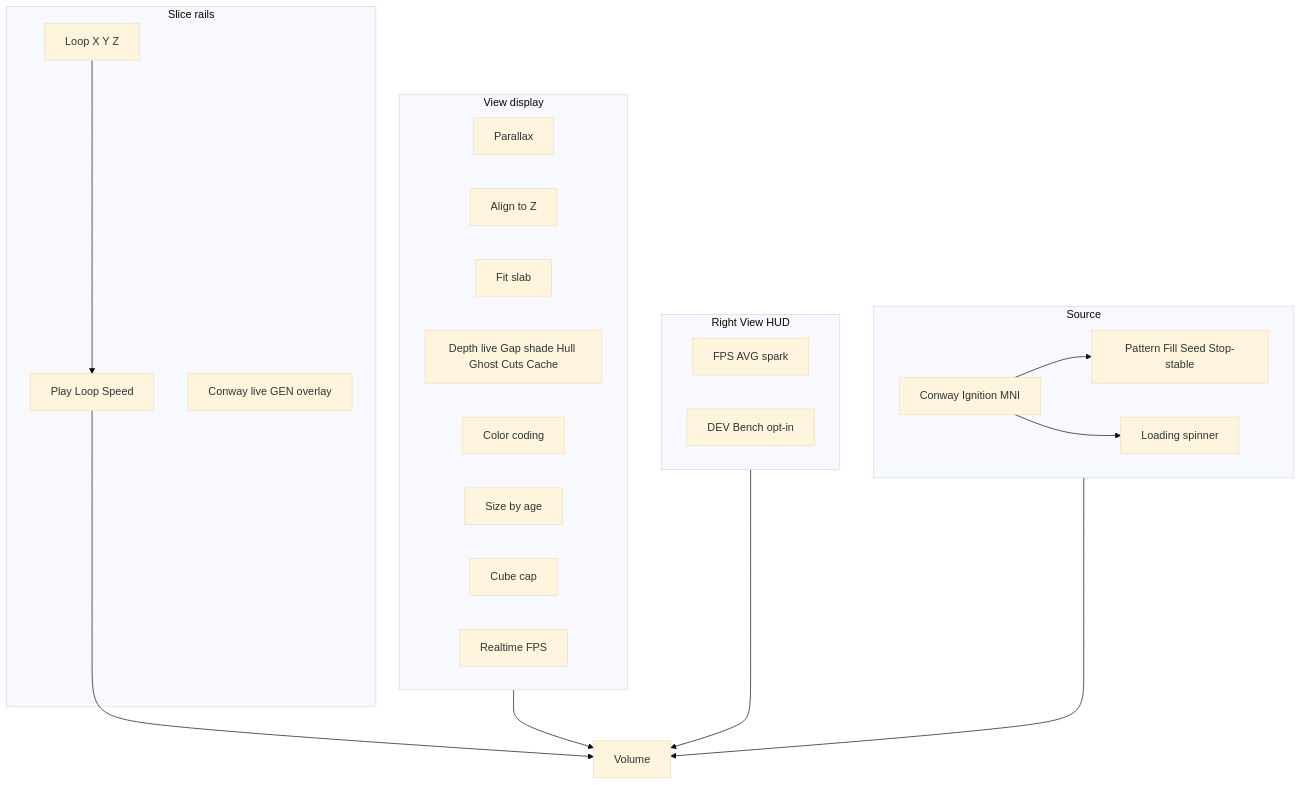
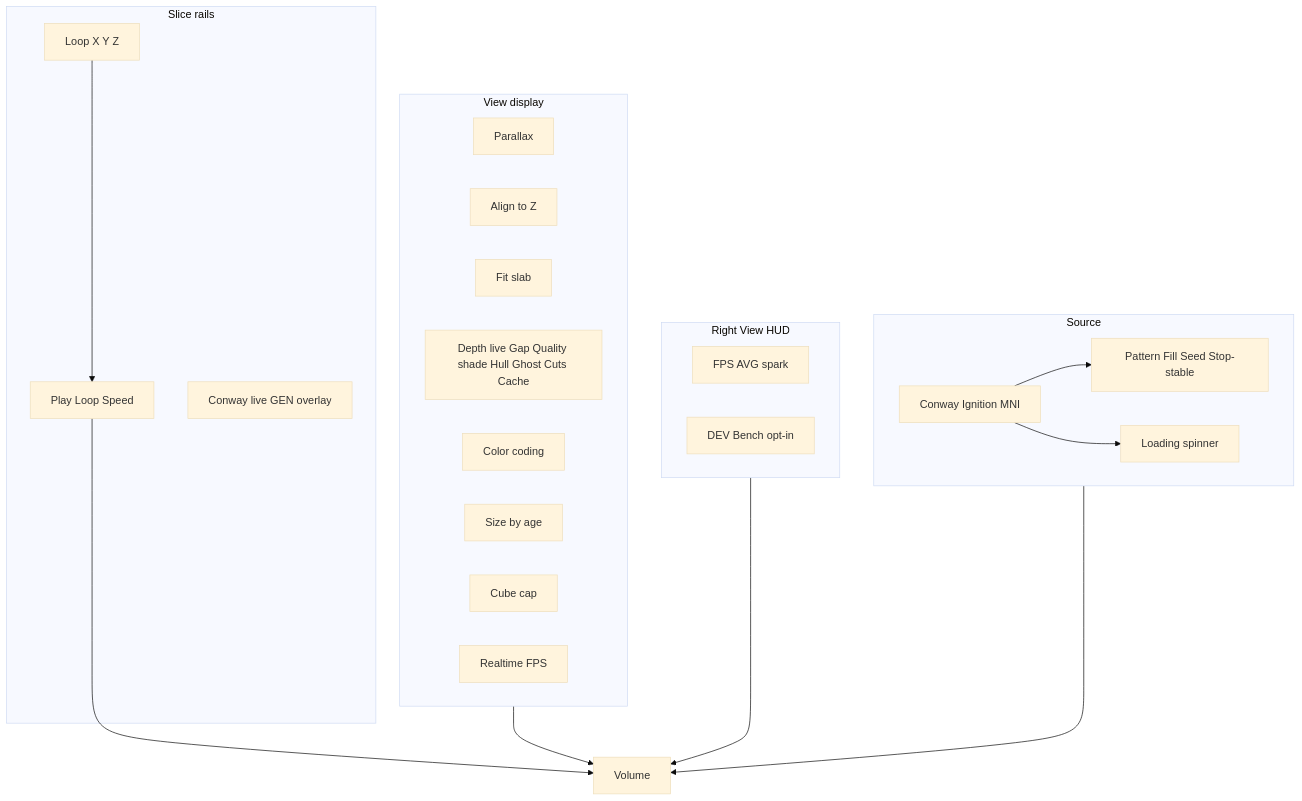
Before and after one commit to PiMaV/DONNER: the fourth of 15 diagrams in docs/gui.md, drawn with Mermaid (base theme). The commit also changed other lines of this file and 24 other files, not shown here.

Commit message:
Ship inspect Ghost without rebuilding the hull, View Quality Low/Medium/High, count color scales, and Gap 5 so weak GPUs and MRI palettes stay in one viewer.

````diff
--- a/docs/gui.md
+++ b/docs/gui.md
@@ -127,34 +127,34 @@
 ```mermaid
 flowchart TB
   subgraph view [View display]
     bird[Parallax]
     align[Align to Z]
     fit[Fit slab]
-    win[Depth live Gap shade Hull Ghost Cuts Cache]
+    win[Depth live Gap Quality shade Hull Ghost Cuts Cache]
     color[Color coding]
     stab[Size by age]
     cap[Cube cap]
     fps[Realtime FPS]
   end
   subgraph hud [Right View HUD]
     telemetry[FPS AVG spark]
     bench[DEV Bench opt-in]
   end
   subgraph source [Source]
     kind[Conway Ignition MNI]
     conway[Pattern Fill Seed Stop-stable]
     load[Loading spinner]
   end
   subgraph rails [Slice rails]
     play[Play Loop Speed]
     axes[Loop X Y Z]
     gen[Conway live GEN overlay]
   end
   view --> volume[Volume]
   hud --> volume
   play --> volume
   source --> volume
   kind --> conway
   kind --> load
   axes --> play
 ```
````
